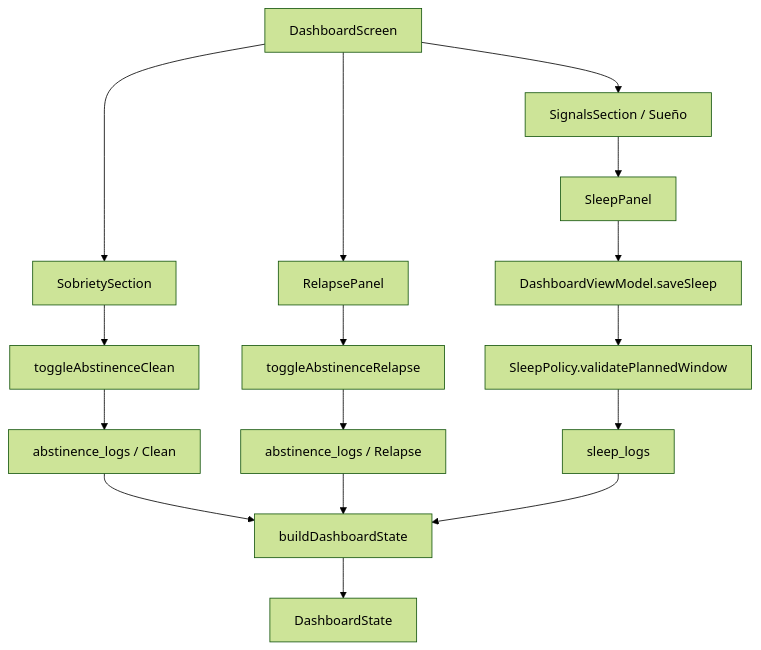
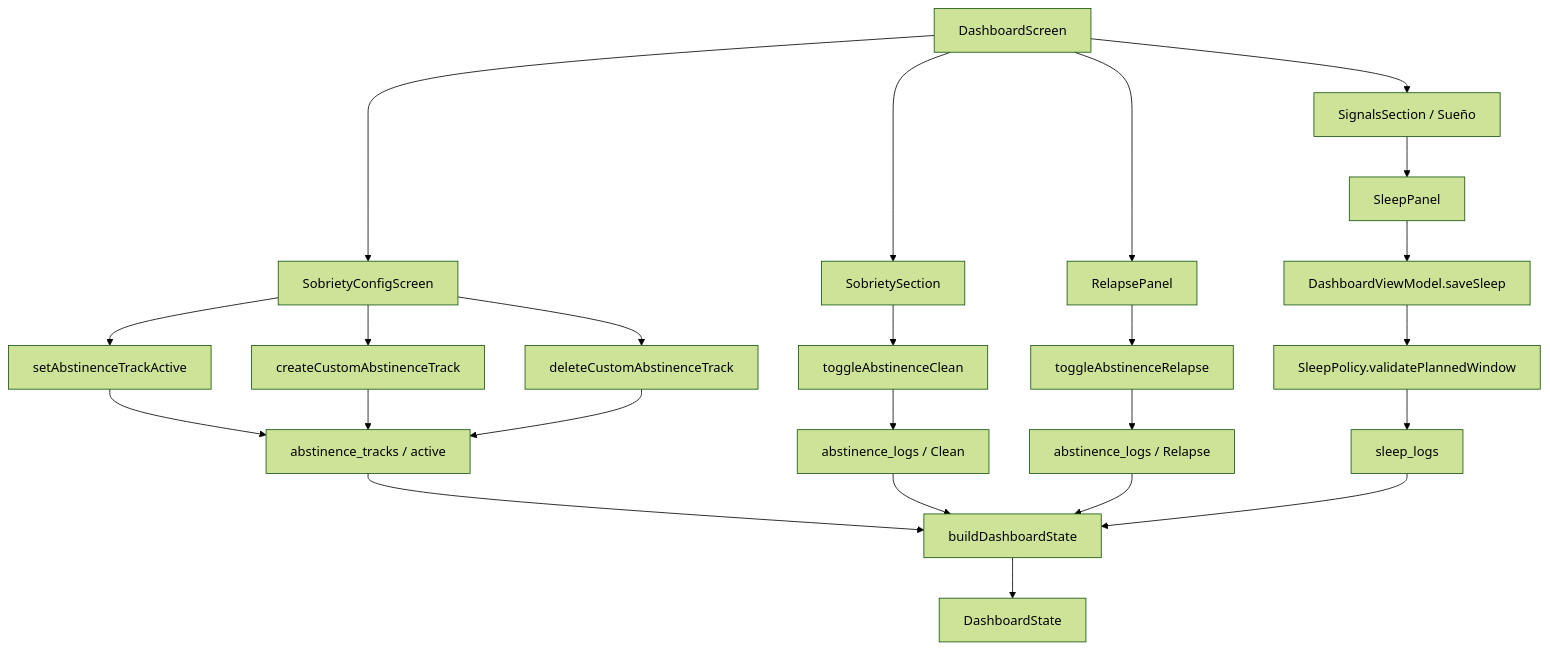
Before and after one commit to DanoMn/apk-personal: the ninth of 10 diagrams in docs/mapa-flujos-estado-actual-2026-05-24.md, drawn with Mermaid (forest theme). The commit also changed other lines of this file and 27 other files, not shown here.

````diff
--- a/docs/mapa-flujos-estado-actual-2026-05-24.md
+++ b/docs/mapa-flujos-estado-actual-2026-05-24.md
@@ -268,21 +276,29 @@
 ```mermaid
 flowchart TD
     Dashboard["DashboardScreen"] --> SleepSignal["SignalsSection / Sueño"]
     SleepSignal --> SleepPanel["SleepPanel"]
     SleepPanel --> SaveSleep["DashboardViewModel.saveSleep"]
     SaveSleep --> SleepPolicy["SleepPolicy.validatePlannedWindow"]
     SleepPolicy --> SleepLog["sleep_logs"]
 
     Dashboard --> SobrietySection["SobrietySection"]
+    Dashboard --> SobrietyConfig["SobrietyConfigScreen"]
+    SobrietyConfig --> SetTrackActive["setAbstinenceTrackActive"]
+    SobrietyConfig --> CreateTrack["createCustomAbstinenceTrack"]
+    SobrietyConfig --> DeleteTrack["deleteCustomAbstinenceTrack"]
+    SetTrackActive --> AbstinenceTrack["abstinence_tracks / active"]
+    CreateTrack --> AbstinenceTrack
+    DeleteTrack --> AbstinenceTrack
     SobrietySection --> ToggleClean["toggleAbstinenceClean"]
     ToggleClean --> AbstinenceLogClean["abstinence_logs / Clean"]
 
     Dashboard --> RelapsePanel["RelapsePanel"]
     RelapsePanel --> ToggleRelapse["toggleAbstinenceRelapse"]
     ToggleRelapse --> AbstinenceLogRelapse["abstinence_logs / Relapse"]
 
-    AbstinenceLogClean --> Projection["buildDashboardState"]
+    AbstinenceTrack --> Projection["buildDashboardState"]
+    AbstinenceLogClean --> Projection
     AbstinenceLogRelapse --> Projection
     SleepLog --> Projection
     Projection --> DashboardState["DashboardState"]
 ```
````
